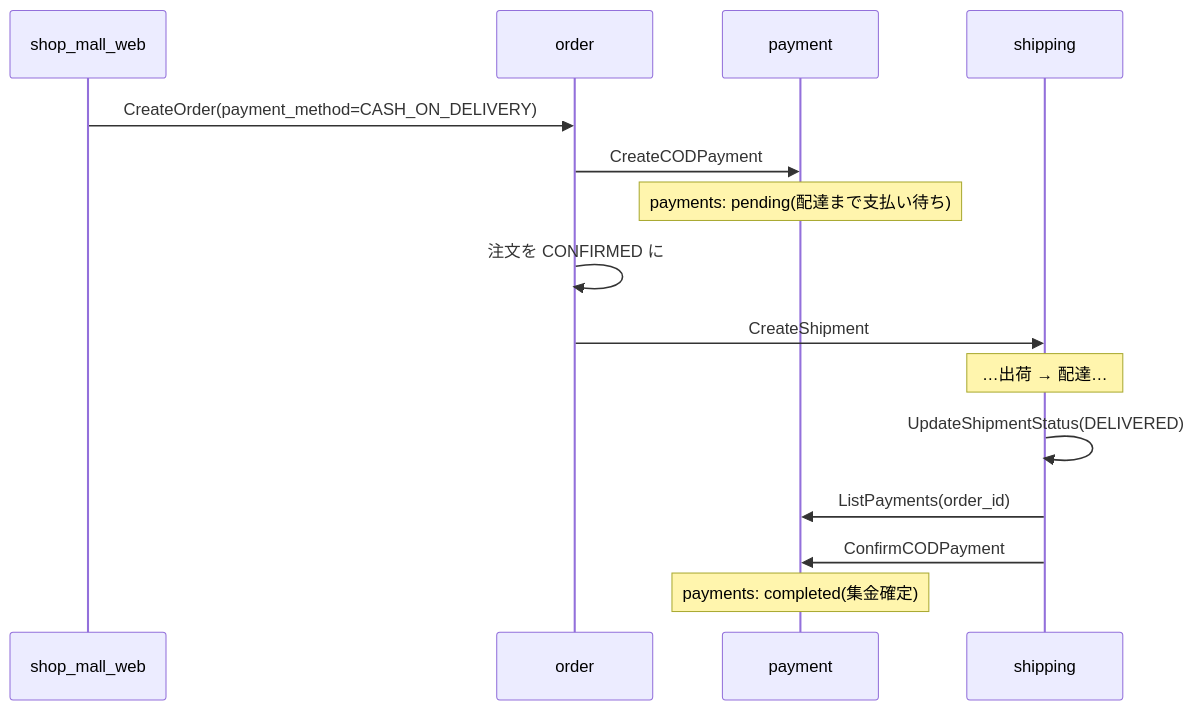
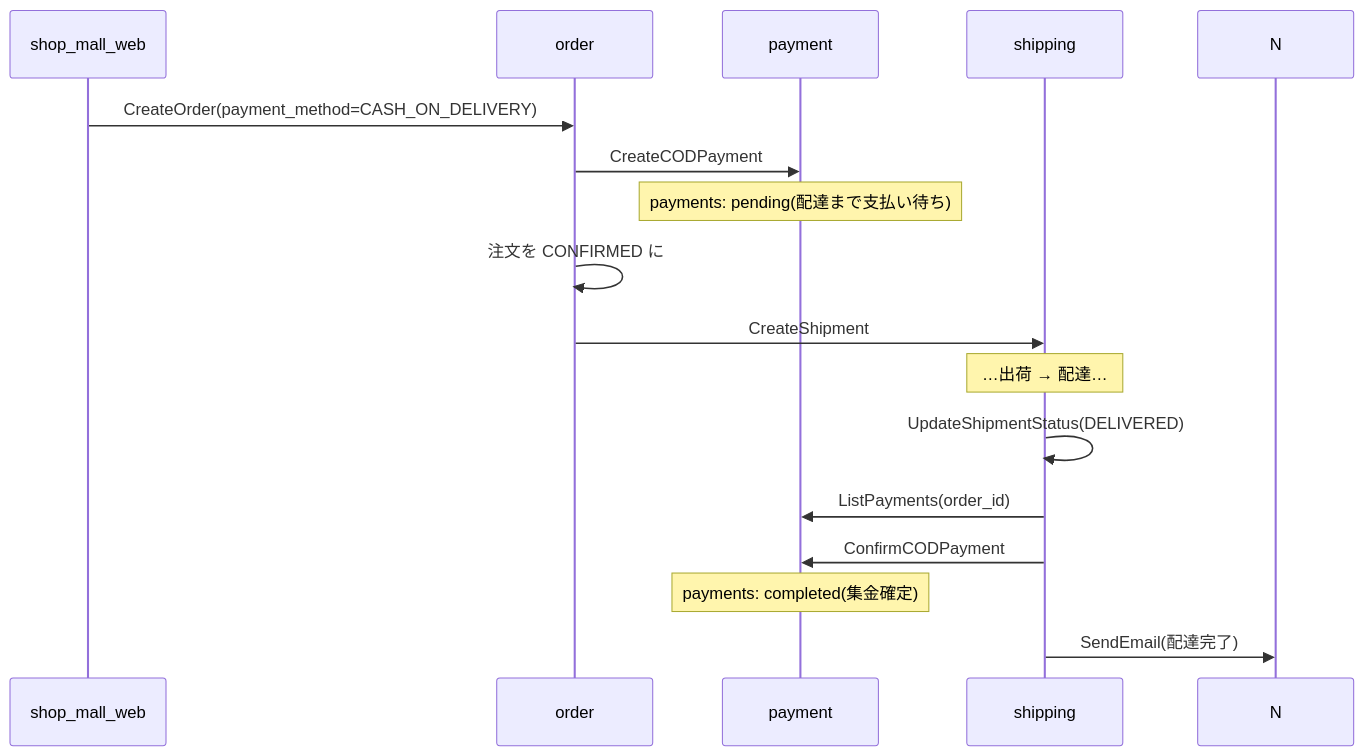
One commit to makoto-developer/go_microservice_example changed the second of 3 diagrams in docs/payment-flow.md. Above: the diagram before and after it, drawn with Mermaid. The commit also changed other lines of this file and 2 other files, not shown here.

````diff
--- a/docs/payment-flow.md
+++ b/docs/payment-flow.md
@@ -35,19 +43,20 @@
 ```mermaid
 sequenceDiagram
   participant W as shop_mall_web
   participant O as order
   participant P as payment
   participant S as shipping
 
   W->>O: CreateOrder(payment_method=CASH_ON_DELIVERY)
   O->>P: CreateCODPayment
   Note over P: payments: pending(配達まで支払い待ち)
   O->>O: 注文を CONFIRMED に
   O->>S: CreateShipment
 
   Note over S: …出荷 → 配達…
   S->>S: UpdateShipmentStatus(DELIVERED)
   S->>P: ListPayments(order_id)
   S->>P: ConfirmCODPayment
   Note over P: payments: completed(集金確定)
+  S->>N: SendEmail(配達完了)
 ```
````
